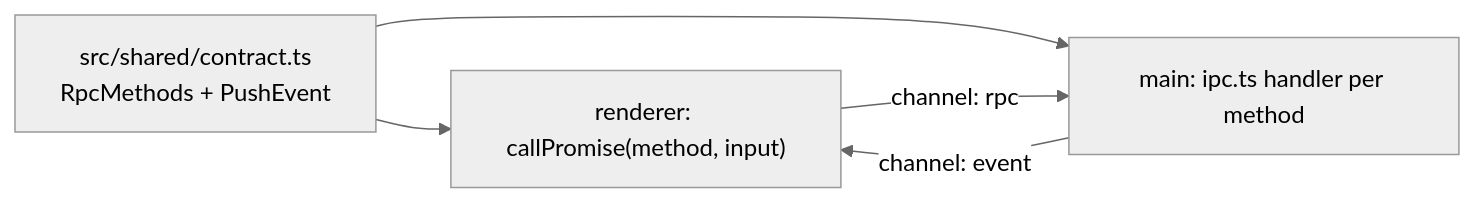
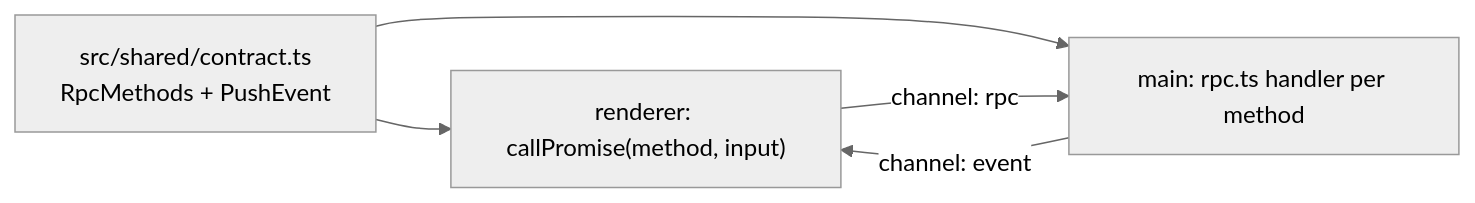
One commit to hinadev-ai/hinacode changed the second of 17 diagrams in docs/arch.md. Above: the diagram before and after it, drawn with Mermaid (neutral theme). The commit also changed other lines of this file and 31 other files, not shown here.

````diff
--- a/docs/arch.md
+++ b/docs/arch.md
@@ -52,8 +52,8 @@
 ```mermaid
 flowchart LR
   contract["src/shared/contract.ts<br/>RpcMethods + PushEvent"]
   contract --> rendererCall["renderer: callPromise(method, input)"]
-  contract --> mainHandle["main: ipc.ts handler per method"]
+  contract --> mainHandle["main: rpc.ts handler per method"]
   rendererCall -- "channel: rpc" --> mainHandle
   mainHandle -- "channel: event" --> rendererCall
 ```
````
